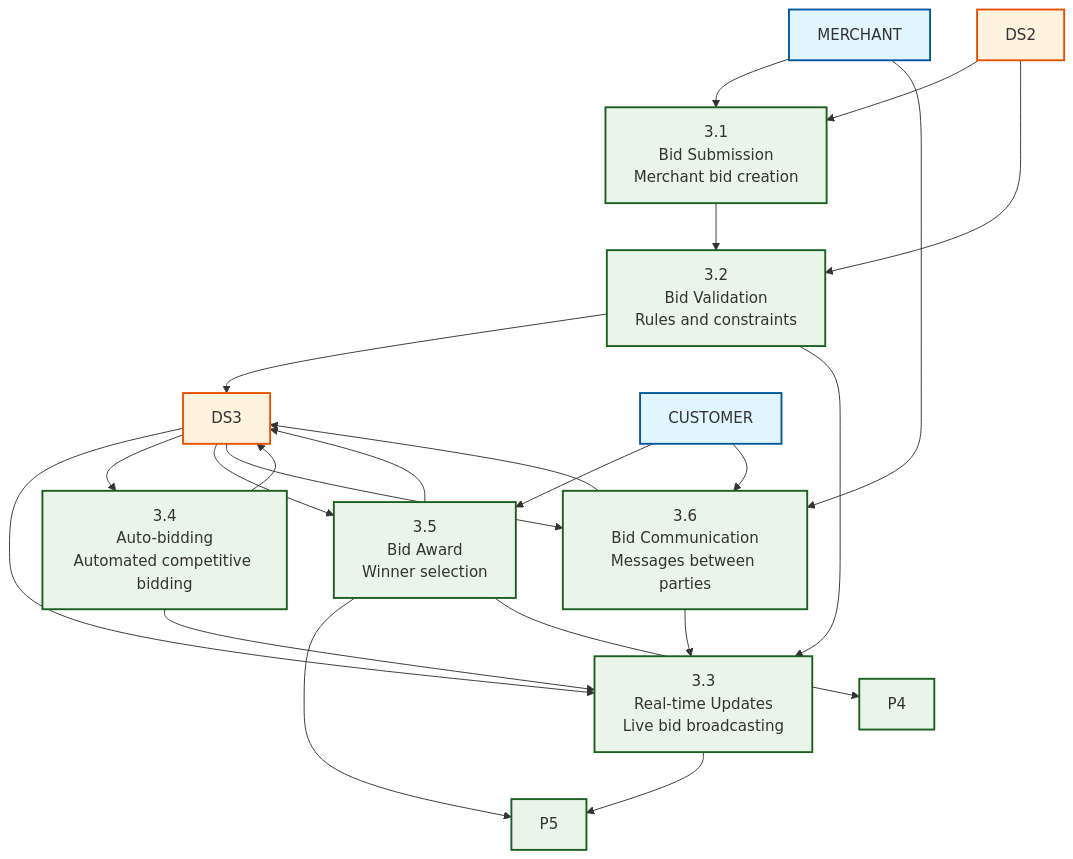
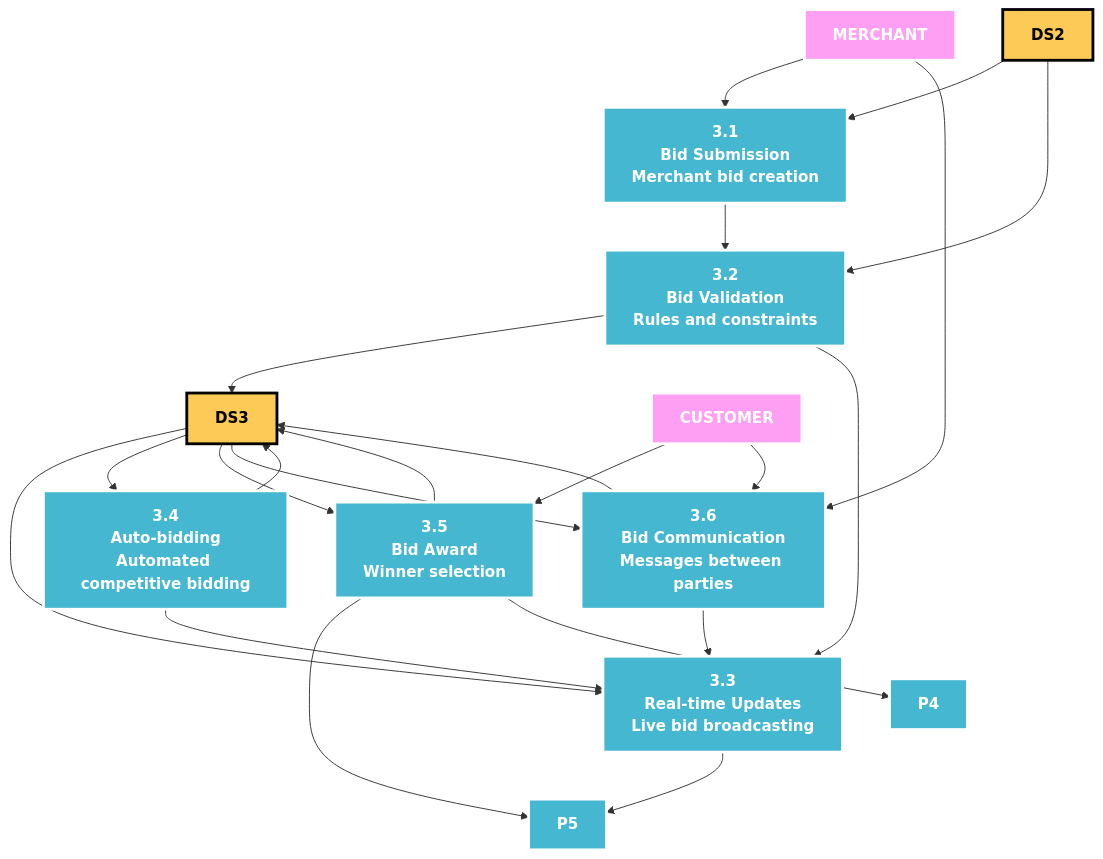
The fourth of 5 diagrams in diagrams/data-flow-diagram.md (abdoElHodaky/larvrevrstender), drawn with Mermaid before and after one commit. The commit also changed other lines of this file and 1 other file, not shown here.

First line of the commit message:
fix: Update data flow diagram styling and recreate circuit breaker architecture

````diff
--- a/diagrams/data-flow-diagram.md
+++ b/diagrams/data-flow-diagram.md
@@ -199,44 +199,44 @@
 ```mermaid
 graph TD
     %% Bidding Subprocesses
     P31[3.1<br/>Bid Submission<br/>Merchant bid creation]
     P32[3.2<br/>Bid Validation<br/>Rules and constraints]
     P33[3.3<br/>Real-time Updates<br/>Live bid broadcasting]
     P34[3.4<br/>Auto-bidding<br/>Automated competitive bidding]
     P35[3.5<br/>Bid Award<br/>Winner selection]
     P36[3.6<br/>Bid Communication<br/>Messages between parties]
     
     %% Data Flows
     MERCHANT --> P31
     P31 --> P32
     P32 --> DS3
     P32 --> P33
     P33 --> P5
     P34 --> DS3
     P34 --> P33
     
     CUSTOMER --> P35
     P35 --> DS3
     P35 --> P5
     P35 --> P4
     
     CUSTOMER --> P36
     MERCHANT --> P36
     P36 --> DS3
     P36 --> P33
     
     DS2 --> P31
     DS2 --> P32
     DS3 --> P33
     DS3 --> P34
     DS3 --> P35
     DS3 --> P36
     
-    classDef process fill:#e8f5e8,stroke:#1b5e20,stroke-width:2px
-    classDef entity fill:#e1f5fe,stroke:#01579b,stroke-width:2px
-    classDef datastore fill:#fff3e0,stroke:#e65100,stroke-width:2px
+    classDef process fill:#45B7D1,stroke:#FFFFFF,stroke-width:3px,color:#FFFFFF,font-weight:bold
+    classDef entity fill:#FF9FF3,stroke:#FFFFFF,stroke-width:3px,color:#FFFFFF,font-weight:bold
+    classDef datastore fill:#FECA57,stroke:#000000,stroke-width:3px,color:#000000,font-weight:bold
     
     class P31,P32,P33,P34,P35,P36,P4,P5 process
     class CUSTOMER,MERCHANT entity
     class DS2,DS3 datastore
 ```
````
